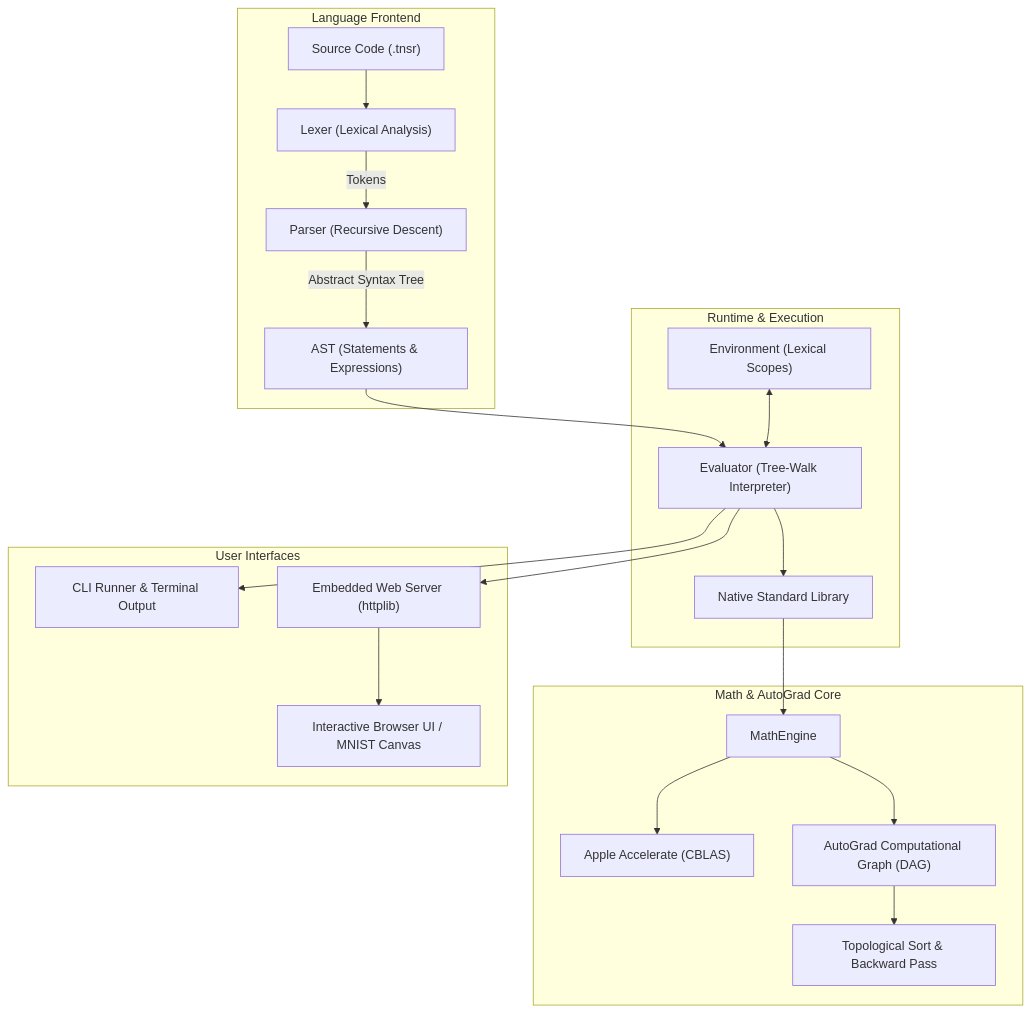
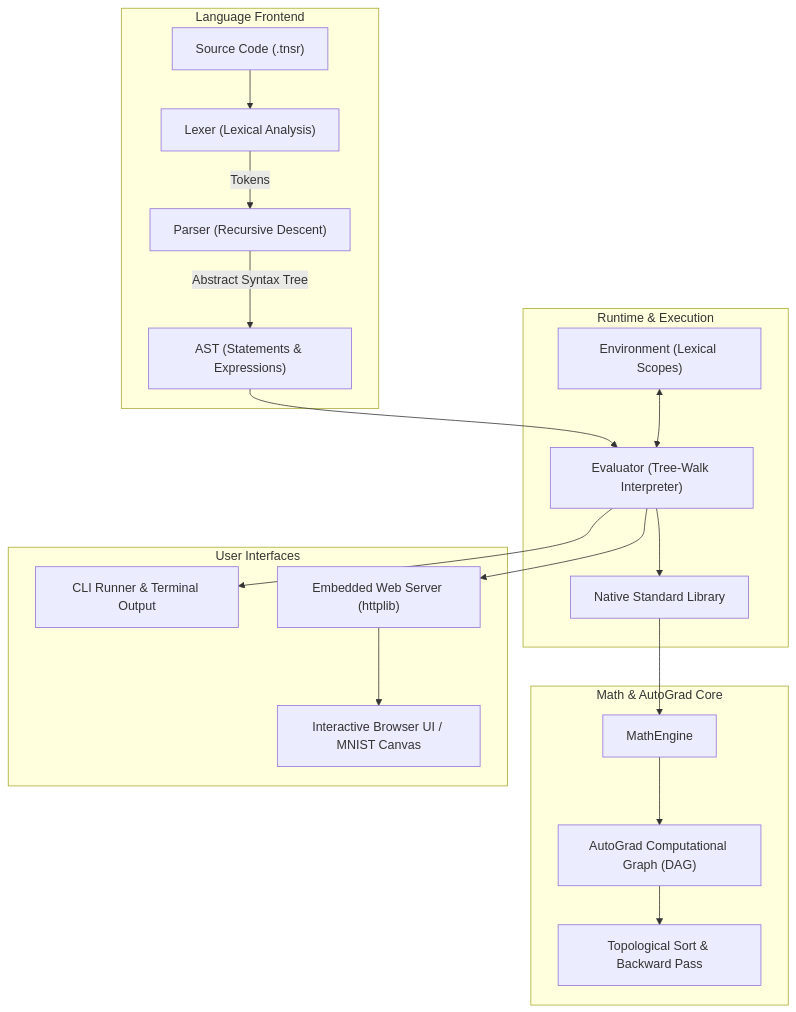
The first of 6 diagrams in ARCHITECTURE.md (tenri69/TnsrLang), drawn with Mermaid before and after one commit. The commit also changed other lines of this file and 7 other files, not shown here.

Commit message:
refactor: Remove Apple Accelerate dependency, obsolete binaries, and scope creep docs

````diff
--- a/ARCHITECTURE.md
+++ b/ARCHITECTURE.md
@@ -11,27 +11,26 @@
 ```mermaid
 flowchart TD
     subgraph Frontend["Language Frontend"]
         Source["Source Code (.tnsr)"] --> Lexer["Lexer (Lexical Analysis)"]
         Lexer -->|"Tokens"| Parser["Parser (Recursive Descent)"]
         Parser -->|"Abstract Syntax Tree"| AST["AST (Statements & Expressions)"]
     end
 
     subgraph Runtime["Runtime & Execution"]
         AST --> Evaluator["Evaluator (Tree-Walk Interpreter)"]
         Env["Environment (Lexical Scopes)"] <--> Evaluator
         Evaluator --> NativeLib["Native Standard Library"]
     end
 
     subgraph MathCore["Math & AutoGrad Core"]
         NativeLib --> MathEngine["MathEngine"]
-        MathEngine --> BLAS["Apple Accelerate (CBLAS)"]
         MathEngine --> DAG["AutoGrad Computational Graph (DAG)"]
         DAG --> Backprop["Topological Sort & Backward Pass"]
     end
 
     subgraph Interfaces["User Interfaces"]
         Evaluator --> CLI["CLI Runner & Terminal Output"]
         Evaluator --> WebServer["Embedded Web Server (httplib)"]
         WebServer --> UI["Interactive Browser UI / MNIST Canvas"]
     end
 ```
````
